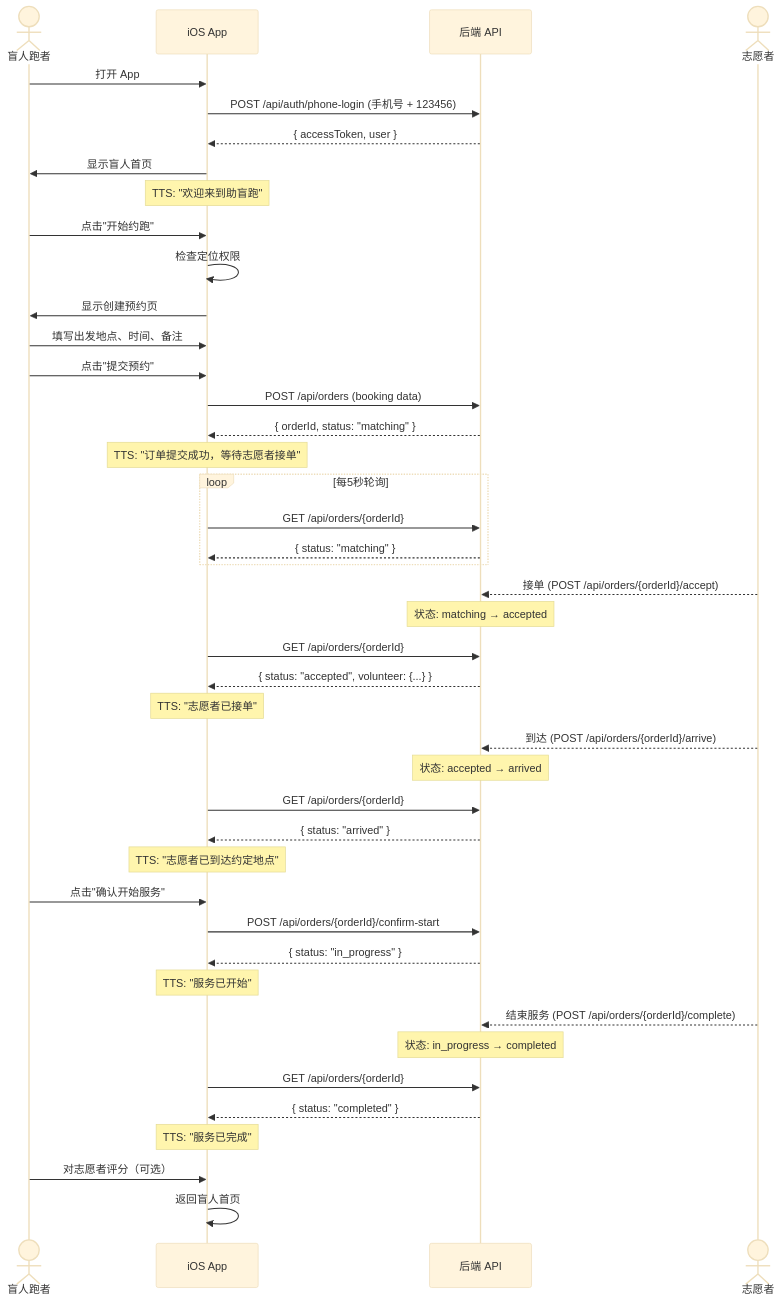
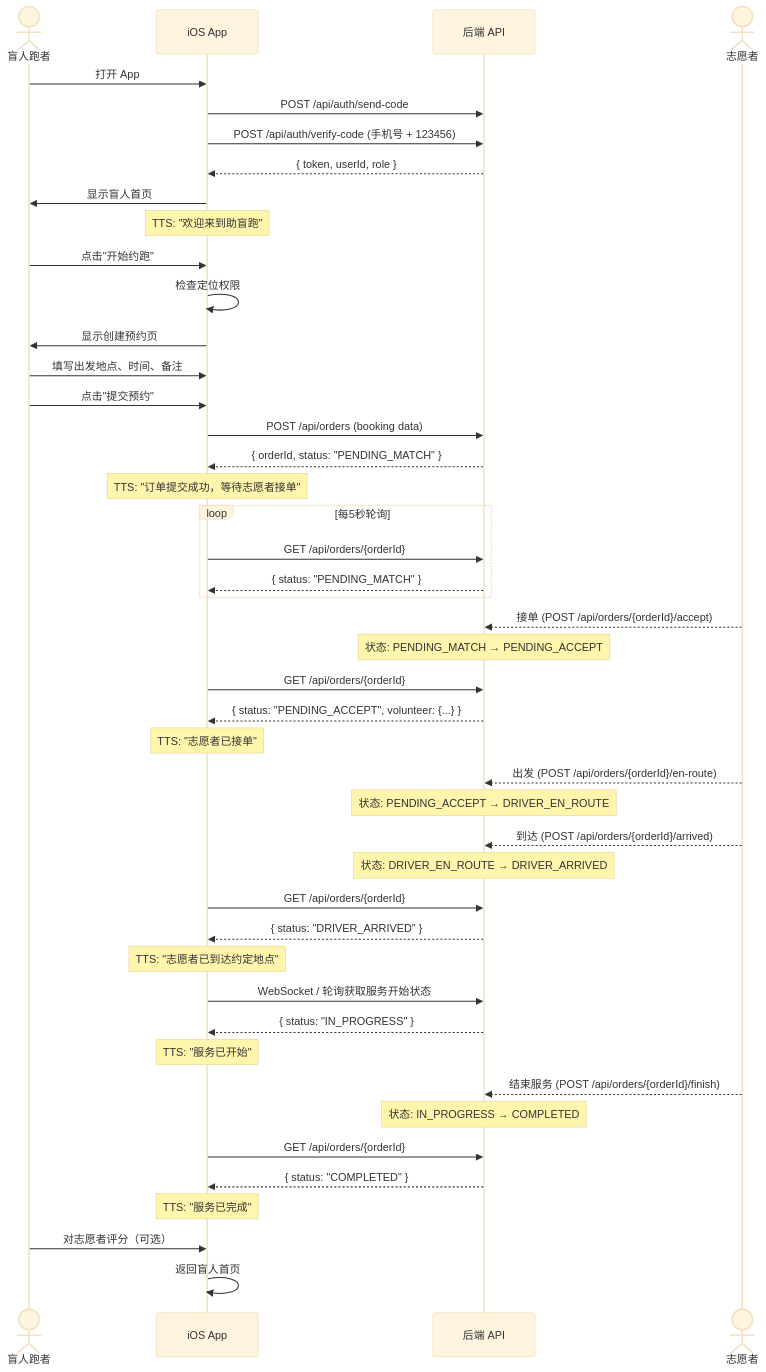
The third of 7 diagrams in docs/04-user-flows-and-state-machine.md (Jayden23018/blind-run-ios), drawn with Mermaid (base theme) before and after one commit. The commit also changed other lines of this file and 29 other files, not shown here.

Commit message:
Update test accounts and cloud E2E flow

````diff
--- a/docs/04-user-flows-and-state-machine.md
+++ b/docs/04-user-flows-and-state-machine.md
@@ -122,57 +121,60 @@
 ```mermaid
 sequenceDiagram
     actor BR as 盲人跑者
     participant App as iOS App
     participant API as 后端 API
     actor VOL as 志愿者
 
     BR->>App: 打开 App
-    App->>API: POST /api/auth/phone-login (手机号 + 123456)
-    API-->>App: { accessToken, user }
+    App->>API: POST /api/auth/send-code
+    App->>API: POST /api/auth/verify-code (手机号 + 123456)
+    API-->>App: { token, userId, role }
     App->>BR: 显示盲人首页
     Note over App: TTS: "欢迎来到助盲跑"
 
     BR->>App: 点击"开始约跑"
     App->>App: 检查定位权限
     App->>BR: 显示创建预约页
 
     BR->>App: 填写出发地点、时间、备注
     BR->>App: 点击"提交预约"
     App->>API: POST /api/orders (booking data)
-    API-->>App: { orderId, status: "matching" }
+    API-->>App: { orderId, status: "PENDING_MATCH" }
     Note over App: TTS: "订单提交成功，等待志愿者接单"
 
     loop 每5秒轮询
         App->>API: GET /api/orders/{orderId}
-        API-->>App: { status: "matching" }
+        API-->>App: { status: "PENDING_MATCH" }
     end
 
     VOL-->>API: 接单 (POST /api/orders/{orderId}/accept)
-    Note over API: 状态: matching → accepted
+    Note over API: 状态: PENDING_MATCH → PENDING_ACCEPT
 
     App->>API: GET /api/orders/{orderId}
-    API-->>App: { status: "accepted", volunteer: {...} }
+    API-->>App: { status: "PENDING_ACCEPT", volunteer: {...} }
     Note over App: TTS: "志愿者已接单"
 
-    VOL-->>API: 到达 (POST /api/orders/{orderId}/arrive)
-    Note over API: 状态: accepted → arrived
+    VOL-->>API: 出发 (POST /api/orders/{orderId}/en-route)
+    Note over API: 状态: PENDING_ACCEPT → DRIVER_EN_ROUTE
+
+    VOL-->>API: 到达 (POST /api/orders/{orderId}/arrived)
+    Note over API: 状态: DRIVER_EN_ROUTE → DRIVER_ARRIVED
 
     App->>API: GET /api/orders/{orderId}
-    API-->>App: { status: "arrived" }
+    API-->>App: { status: "DRIVER_ARRIVED" }
     Note over App: TTS: "志愿者已到达约定地点"
 
-    BR->>App: 点击"确认开始服务"
-    App->>API: POST /api/orders/{orderId}/confirm-start
-    API-->>App: { status: "in_progress" }
+    App->>API: WebSocket / 轮询获取服务开始状态
+    API-->>App: { status: "IN_PROGRESS" }
     Note over App: TTS: "服务已开始"
 
-    VOL-->>API: 结束服务 (POST /api/orders/{orderId}/complete)
-    Note over API: 状态: in_progress → completed
+    VOL-->>API: 结束服务 (POST /api/orders/{orderId}/finish)
+    Note over API: 状态: IN_PROGRESS → COMPLETED
 
     App->>API: GET /api/orders/{orderId}
-    API-->>App: { status: "completed" }
+    API-->>App: { status: "COMPLETED" }
     Note over App: TTS: "服务已完成"
 
     BR->>App: 对志愿者评分（可选）
     App->>App: 返回盲人首页
 ```
````
